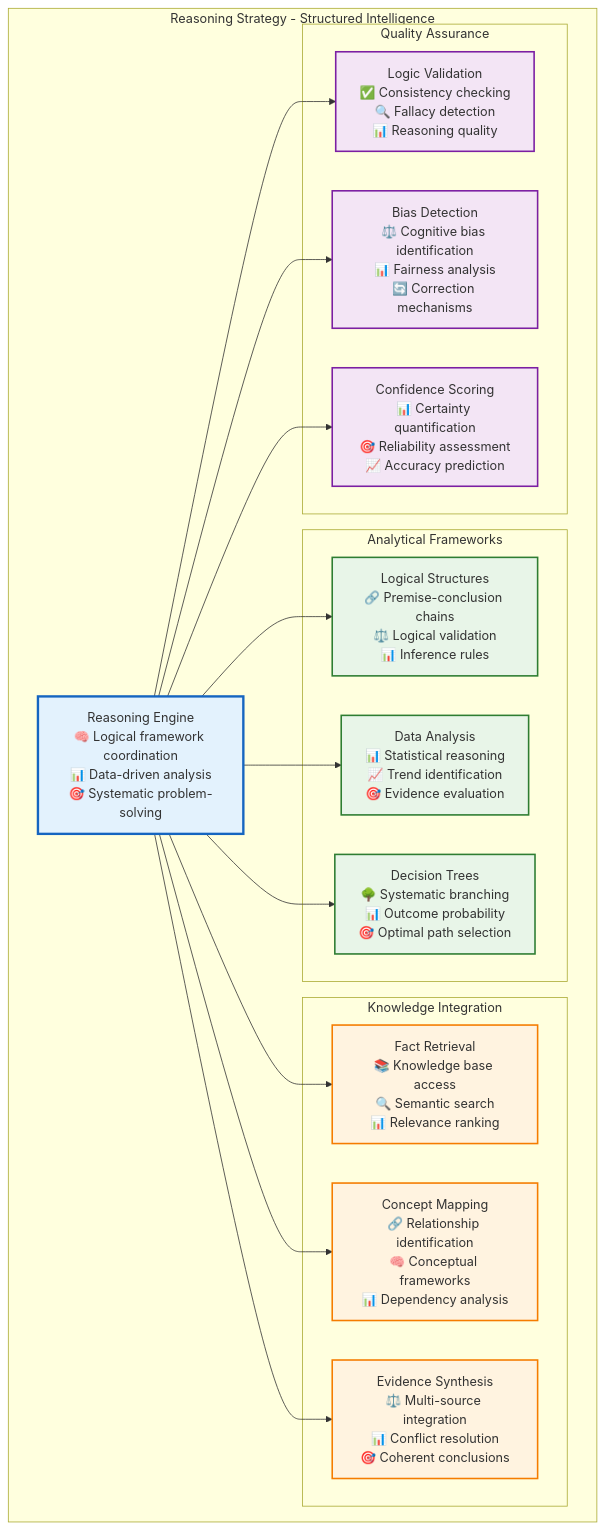
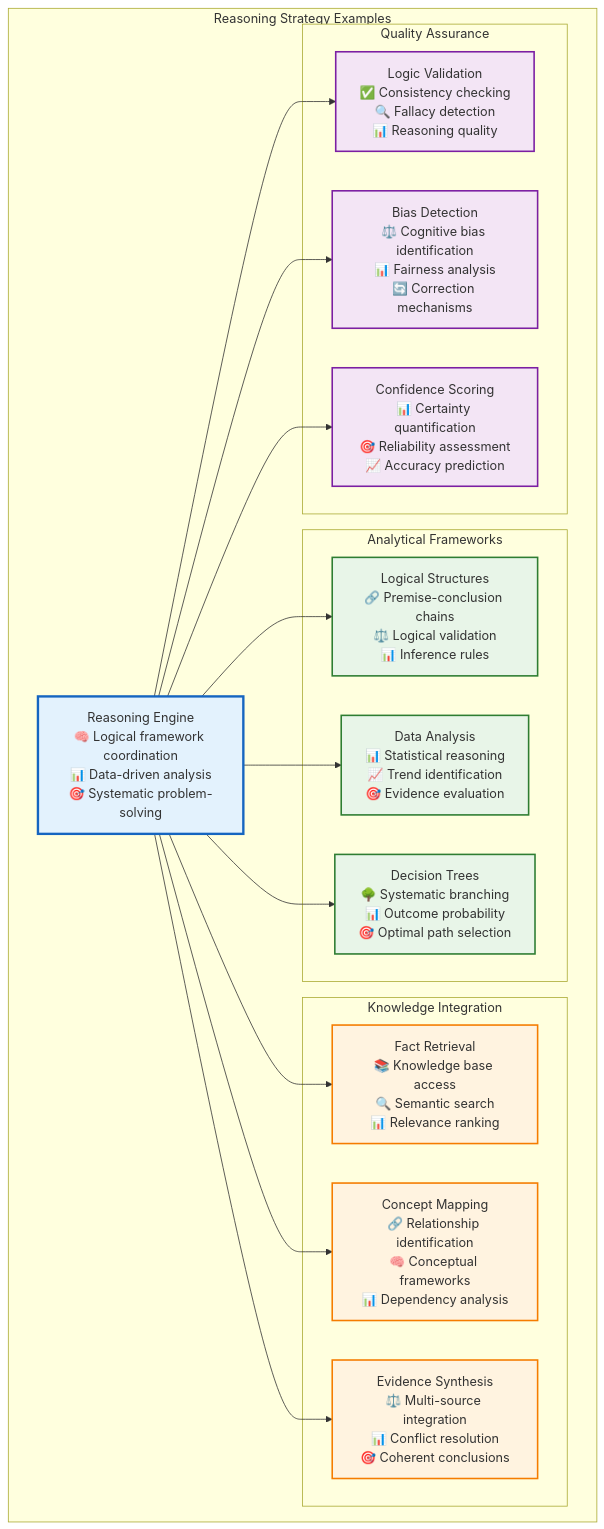
Diagram 19 of 51 in docs/ai-execution-architecture.md (Vrooli/Vrooli), drawn with Mermaid before and after one commit. The commit also changed other lines of this file, not shown here.

Commit message:
Execution architecture p7

````diff
--- a/docs/ai-execution-architecture.md
+++ b/docs/ai-execution-architecture.md
@@ -1205,50 +1183,50 @@
 ```mermaid
 graph TB
-    subgraph "Reasoning Strategy - Structured Intelligence"
+    subgraph "Reasoning Strategy Examples"
         ReasoningEngine[Reasoning Engine<br/>🧠 Logical framework coordination<br/>📊 Data-driven analysis<br/>🎯 Systematic problem-solving]
         
         subgraph "Analytical Frameworks"
             LogicalStructures[Logical Structures<br/>🔗 Premise-conclusion chains<br/>⚖️ Logical validation<br/>📊 Inference rules]
             
             DataAnalysis[Data Analysis<br/>📊 Statistical reasoning<br/>📈 Trend identification<br/>🎯 Evidence evaluation]
             
             DecisionTrees[Decision Trees<br/>🌳 Systematic branching<br/>📊 Outcome probability<br/>🎯 Optimal path selection]
         end
         
         subgraph "Knowledge Integration"
             FactRetrieval[Fact Retrieval<br/>📚 Knowledge base access<br/>🔍 Semantic search<br/>📊 Relevance ranking]
             
             ConceptMapping[Concept Mapping<br/>🔗 Relationship identification<br/>🧠 Conceptual frameworks<br/>📊 Dependency analysis]
             
             EvidenceSynthesis[Evidence Synthesis<br/>⚖️ Multi-source integration<br/>📊 Conflict resolution<br/>🎯 Coherent conclusions]
         end
         
         subgraph "Quality Assurance"
             LogicValidation[Logic Validation<br/>✅ Consistency checking<br/>🔍 Fallacy detection<br/>📊 Reasoning quality]
             
             BiasDetection[Bias Detection<br/>⚖️ Cognitive bias identification<br/>📊 Fairness analysis<br/>🔄 Correction mechanisms]
             
             ConfidenceScoring[Confidence Scoring<br/>📊 Certainty quantification<br/>🎯 Reliability assessment<br/>📈 Accuracy prediction]
         end
     end
     
     ReasoningEngine --> LogicalStructures
     ReasoningEngine --> DataAnalysis
     ReasoningEngine --> DecisionTrees
     ReasoningEngine --> FactRetrieval
     ReasoningEngine --> ConceptMapping
     ReasoningEngine --> EvidenceSynthesis
     ReasoningEngine --> LogicValidation
     ReasoningEngine --> BiasDetection
     ReasoningEngine --> ConfidenceScoring
     
     classDef engine fill:#e3f2fd,stroke:#1565c0,stroke-width:3px
     classDef analytical fill:#e8f5e8,stroke:#2e7d32,stroke-width:2px
     classDef knowledge fill:#fff3e0,stroke:#f57c00,stroke-width:2px
     classDef quality fill:#f3e5f5,stroke:#7b1fa2,stroke-width:2px
     
     class ReasoningEngine engine
     class LogicalStructures,DataAnalysis,DecisionTrees analytical
     class FactRetrieval,ConceptMapping,EvidenceSynthesis knowledge
     class LogicValidation,BiasDetection,ConfidenceScoring quality
 ```
````
